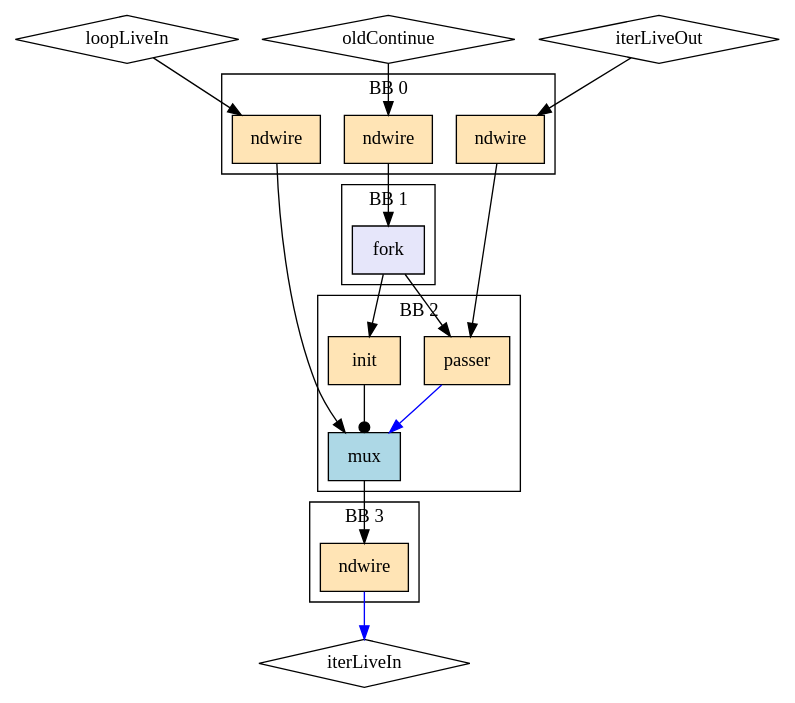
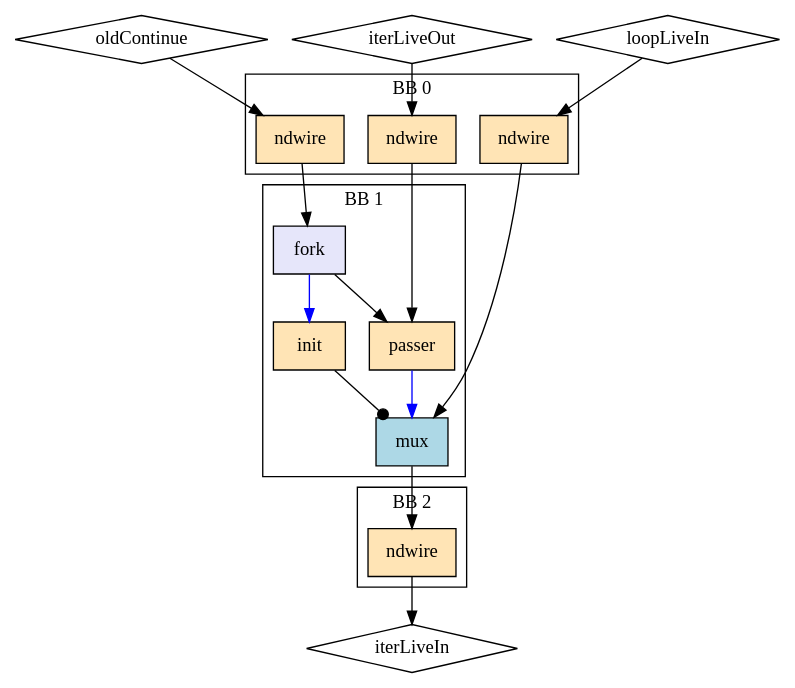
The diagram in experimental/tools/elastic-miter/out/sup_mux/lhs_reachability/model.dot (EPFL-LAP/dynamatic), drawn with Graphviz before and after one commit. The commit also changed 454 other files, not shown here.

```diff
--- a/experimental/tools/elastic-miter/out/sup_mux/lhs_reachability/model.dot
+++ b/experimental/tools/elastic-miter/out/sup_mux/lhs_reachability/model.dot
@@ -1,40 +1,37 @@
 Digraph G {
   splines=spline
   compound=true
   "loopLiveIn" ["style"="solid", "shape"="diamond", "label"="loopLiveIn", "mlir_op"="handshake.func"]
   "oldContinue" ["style"="solid", "shape"="diamond", "label"="oldContinue", "mlir_op"="handshake.func"]
   "iterLiveOut" ["style"="solid", "shape"="diamond", "label"="iterLiveOut", "mlir_op"="handshake.func"]
   "iterLiveIn" ["style"="solid", "shape"="diamond", "label"="iterLiveIn", "mlir_op"="handshake.func"]
   "loopLiveIn" -> "ndw_in_loopLiveIn" ["dir"="both", "style"="solid", "arrowhead"="normal", "from_idx"="0", "to"="ins", "arrowtail"="none", "from"="loopLiveIn", "to_idx"="0"]
   "oldContinue" -> "ndw_in_oldContinue" ["dir"="both", "style"="solid", "arrowhead"="normal", "from_idx"="1", "to"="ins", "arrowtail"="none", "from"="oldContinue", "to_idx"="0"]
   "iterLiveOut" -> "ndw_in_iterLiveOut" ["dir"="both", "style"="solid", "arrowhead"="normal", "from_idx"="2", "to"="ins", "arrowtail"="none", "from"="iterLiveOut", "to_idx"="0"]
   "ndw_in_loopLiveIn" -> "data_mux" ["dir"="both", "style"="solid", "arrowhead"="normal", "from_idx"="0", "to"="ins_0", "arrowtail"="none", "from"="outs", "to_idx"="1"]
   "ndw_in_oldContinue" -> "vm_fork_1" ["dir"="both", "style"="solid", "arrowhead"="normal", "from_idx"="0", "to"="ins", "arrowtail"="none", "from"="outs", "to_idx"="0"]
   "ndw_in_iterLiveOut" -> "passer" ["dir"="both", "style"="solid", "arrowhead"="normal", "from_idx"="0", "to"="data", "arrowtail"="none", "from"="outs", "to_idx"="0"]
-  "ndw_out_iterLiveIn" -> "iterLiveIn" ["dir"="both", "style"="solid", "arrowhead"="normal", "from_idx"="0", "color"="blue", "to"="iterLiveIn", "arrowtail"="none", "from"="outs", "to_idx"="0"]
-  "vm_fork_1" -> "passer" ["dir"="both", "style"="solid", "arrowhead"="normal", "from_idx"="0", "to"="ctrl", "arrowtail"="none", "from"="outs_0", "to_idx"="1"]
-  "vm_fork_1" -> "oldInit" ["dir"="both", "style"="solid", "arrowhead"="normal", "from_idx"="1", "to"="ins", "arrowtail"="none", "from"="outs_1", "to_idx"="0"]
+  "ndw_out_iterLiveIn" -> "iterLiveIn" ["dir"="both", "style"="solid", "arrowhead"="normal", "from_idx"="0", "to"="iterLiveIn", "arrowtail"="none", "from"="outs", "to_idx"="0"]
   "data_mux" -> "ndw_out_iterLiveIn" ["dir"="both", "style"="solid", "arrowhead"="normal", "from_idx"="0", "to"="ins", "arrowtail"="none", "from"="outs", "to_idx"="0"]
   subgraph cluster0 {
     graph ["label"="BB 0"]
     "ndw_in_loopLiveIn" ["style"="filled", "fillcolor"="moccasin", "shape"="box", "label"="ndwire", "mlir_op"="handshake.ndwire"]
     "ndw_in_oldContinue" ["style"="filled", "fillcolor"="moccasin", "shape"="box", "label"="ndwire", "mlir_op"="handshake.ndwire"]
     "ndw_in_iterLiveOut" ["style"="filled", "fillcolor"="moccasin", "shape"="box", "label"="ndwire", "mlir_op"="handshake.ndwire"]
   }
-  subgraph cluster3 {
-    graph ["label"="BB 3"]
+  subgraph cluster2 {
+    graph ["label"="BB 2"]
     "ndw_out_iterLiveIn" ["style"="filled", "fillcolor"="moccasin", "shape"="box", "label"="ndwire", "mlir_op"="handshake.ndwire"]
   }
   subgraph cluster1 {
     graph ["label"="BB 1"]
     "vm_fork_1" ["style"="filled", "fillcolor"="lavender", "shape"="box", "label"="fork", "mlir_op"="handshake.fork"]
-  }
-  subgraph cluster2 {
-    graph ["label"="BB 2"]
     "passer" ["style"="filled", "fillcolor"="moccasin", "shape"="box", "label"="passer", "mlir_op"="handshake.passer"]
     "oldInit" ["style"="filled", "fillcolor"="moccasin", "shape"="box", "label"="init", "mlir_op"="handshake.init"]
     "data_mux" ["style"="filled", "fillcolor"="lightblue", "shape"="box", "label"="mux", "mlir_op"="handshake.mux"]
+    "vm_fork_1" -> "passer" ["dir"="both", "style"="solid", "arrowhead"="normal", "from_idx"="0", "to"="ctrl", "arrowtail"="none", "from"="outs_0", "to_idx"="1"]
+    "vm_fork_1" -> "oldInit" ["dir"="both", "style"="solid", "arrowhead"="normal", "from_idx"="1", "color"="blue", "to"="ins", "arrowtail"="none", "from"="outs_1", "to_idx"="0"]
     "passer" -> "data_mux" ["dir"="both", "style"="solid", "arrowhead"="normal", "from_idx"="0", "color"="blue", "to"="ins_1", "arrowtail"="none", "from"="result", "to_idx"="2"]
     "oldInit" -> "data_mux" ["dir"="both", "style"="solid", "arrowhead"="dot", "from_idx"="0", "to"="index", "arrowtail"="none", "from"="outs", "to_idx"="0"]
   }
 }
```
